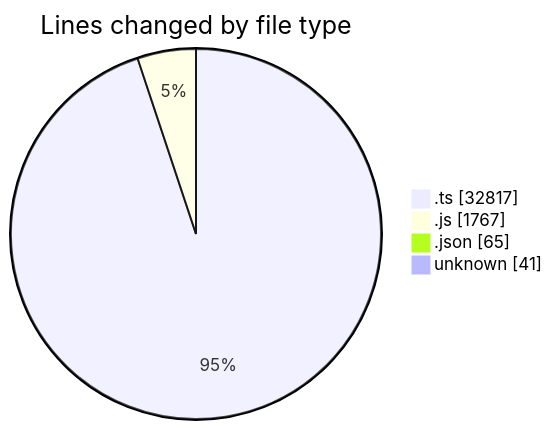
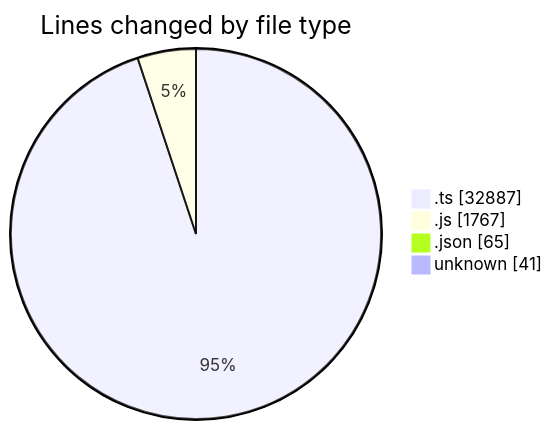
The first of 2 diagrams in 2025-07-31/cda/README.md (momahboobian/code-tracking), drawn with Mermaid before and after one commit. The commit also changed other lines of this file and 1 other file, not shown here.

````diff
--- a/2025-07-31/cda/README.md
+++ b/2025-07-31/cda/README.md
@@ -30,8 +30,8 @@
 ```mermaid
 pie showData
 title Lines changed by file type
-".ts" : 32817
+".ts" : 32887
 ".js" : 1767
 ".json" : 65
 "unknown" : 41
 ```
````
